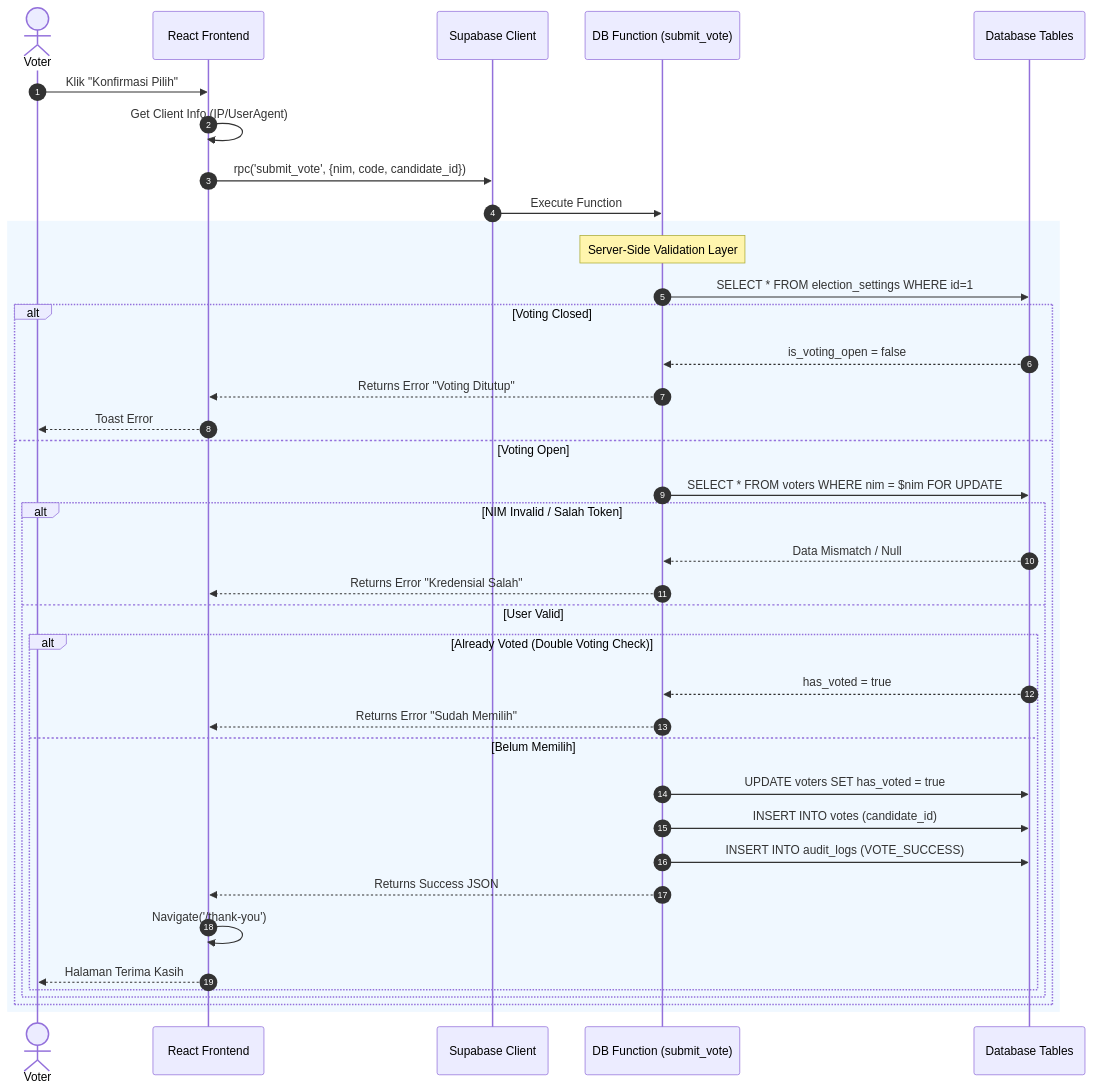
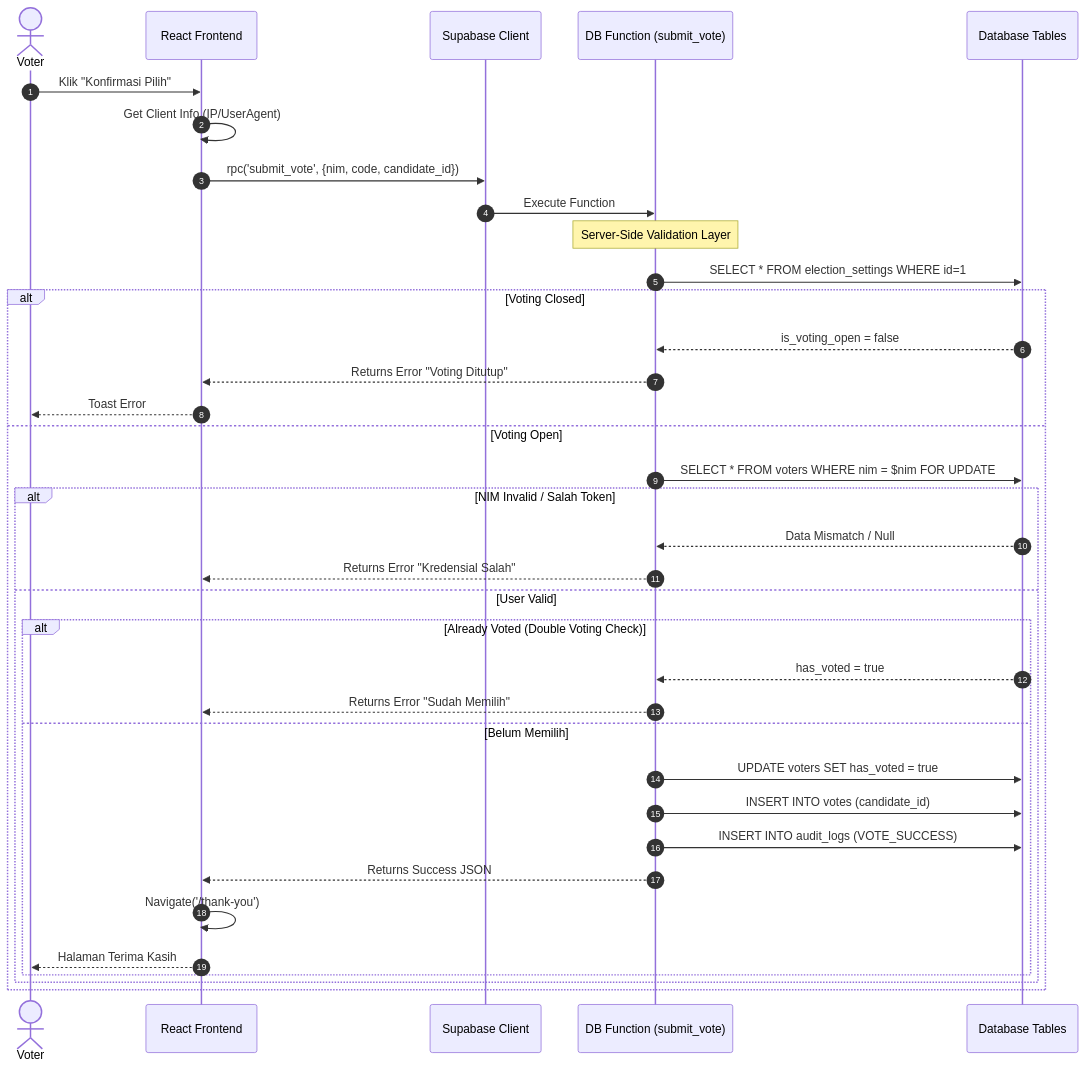
Before and after one commit to E1eng/pemira-unbara: the third of 5 diagrams in UML_DIAGRAMS.md, drawn with Mermaid. The commit also changed other lines of this file, not shown here.

Commit message:
Fix Mermaid Syntax

````diff
--- a/UML_DIAGRAMS.md
+++ b/UML_DIAGRAMS.md
@@ -83,50 +86,49 @@
 ```mermaid
 sequenceDiagram
     autonumber
     actor Voter
     participant Frontend as React Frontend
     participant Supabase as Supabase Client
     participant RPC as DB Function (submit_vote)
     participant Tables as Database Tables
     
     Voter->>Frontend: Klik "Konfirmasi Pilih"
     Frontend->>Frontend: Get Client Info (IP/UserAgent)
     Frontend->>Supabase: rpc('submit_vote', {nim, code, candidate_id})
     
     Supabase->>RPC: Execute Function
     
-    rect rgb(240, 248, 255)
         Note over RPC: Server-Side Validation Layer
         
         RPC->>Tables: SELECT * FROM election_settings WHERE id=1
         
         alt Voting Closed
             Tables-->>RPC: is_voting_open = false
             RPC-->>Frontend: Returns Error "Voting Ditutup"
             Frontend-->>Voter: Toast Error
         else Voting Open
             
             RPC->>Tables: SELECT * FROM voters WHERE nim = $nim FOR UPDATE
             
             alt NIM Invalid / Salah Token
                 Tables-->>RPC: Data Mismatch / Null
                 RPC-->>Frontend: Returns Error "Kredensial Salah"
             else User Valid
                 
                 alt Already Voted (Double Voting Check)
                     Tables-->>RPC: has_voted = true
                     RPC-->>Frontend: Returns Error "Sudah Memilih"
                 else Belum Memilih
                     
                     RPC->>Tables: UPDATE voters SET has_voted = true
                     RPC->>Tables: INSERT INTO votes (candidate_id)
                     RPC->>Tables: INSERT INTO audit_logs (VOTE_SUCCESS)
                     
                     RPC-->>Frontend: Returns Success JSON
                     Frontend->>Frontend: Navigate('/thank-you')
                     Frontend-->>Voter: Halaman Terima Kasih
                 end
             end
         end
-    end
+
 ```
````
